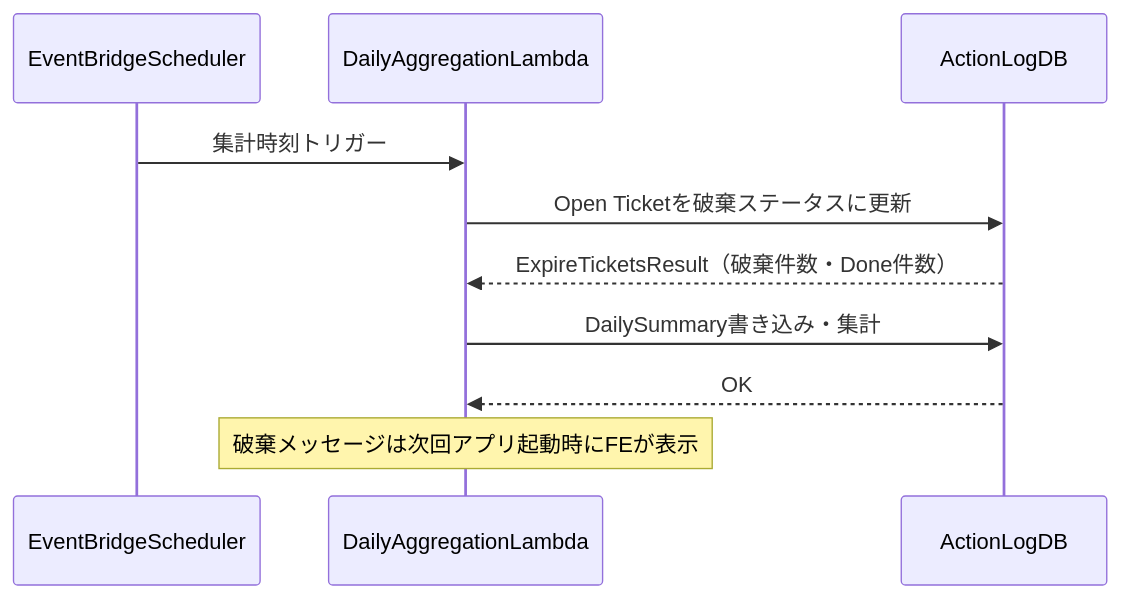
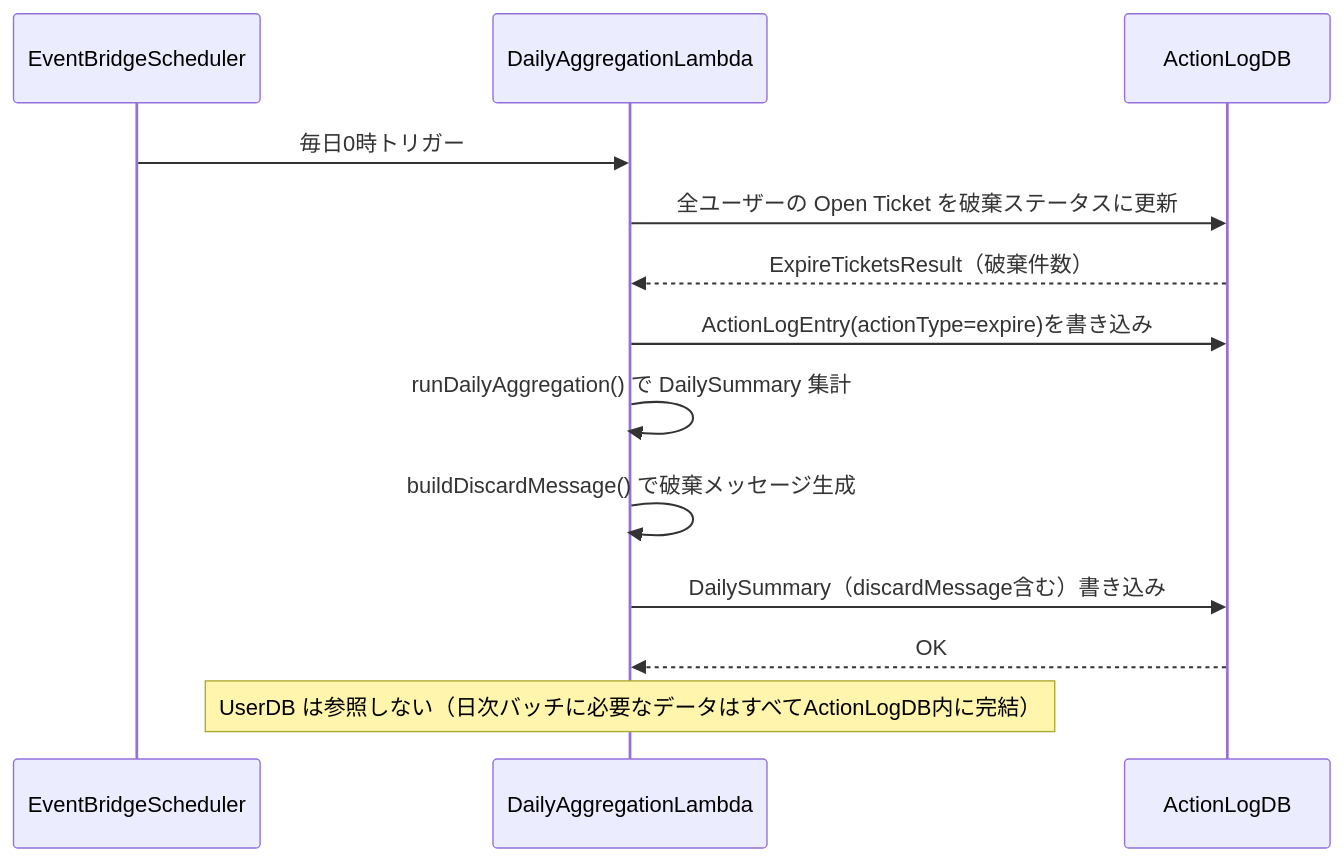
Before and after one commit to aws-dlc-hackathon-team-a/team-a: the fifth of 10 diagrams in aidlc-docs/inception/application-design/component-dependency.md, drawn with Mermaid. The commit also changed other lines of this file and 10 other files, not shown here.

````diff
--- a/aidlc-docs/inception/application-design/component-dependency.md
+++ b/aidlc-docs/inception/application-design/component-dependency.md
@@ -196,13 +214,16 @@
 ```mermaid
 sequenceDiagram
     participant EventBridge as EventBridgeScheduler
     participant DailyAggregationLambda
     participant ActionLogDB
 
-    EventBridge->>DailyAggregationLambda: 集計時刻トリガー
-    DailyAggregationLambda->>ActionLogDB: Open Ticketを破棄ステータスに更新
-    ActionLogDB-->>DailyAggregationLambda: ExpireTicketsResult（破棄件数・Done件数）
-    DailyAggregationLambda->>ActionLogDB: DailySummary書き込み・集計
+    EventBridge->>DailyAggregationLambda: 毎日0時トリガー
+    DailyAggregationLambda->>ActionLogDB: 全ユーザーの Open Ticket を破棄ステータスに更新
+    ActionLogDB-->>DailyAggregationLambda: ExpireTicketsResult（破棄件数）
+    DailyAggregationLambda->>ActionLogDB: ActionLogEntry(actionType=expire)を書き込み
+    DailyAggregationLambda->>DailyAggregationLambda: runDailyAggregation() で DailySummary 集計
+    DailyAggregationLambda->>DailyAggregationLambda: buildDiscardMessage() で破棄メッセージ生成
+    DailyAggregationLambda->>ActionLogDB: DailySummary（discardMessage含む）書き込み
     ActionLogDB-->>DailyAggregationLambda: OK
-    Note over DailyAggregationLambda: 破棄メッセージは次回アプリ起動時にFEが表示
+    Note over DailyAggregationLambda: UserDB は参照しない（日次バッチに必要なデータはすべてActionLogDB内に完結）
 ```
````
